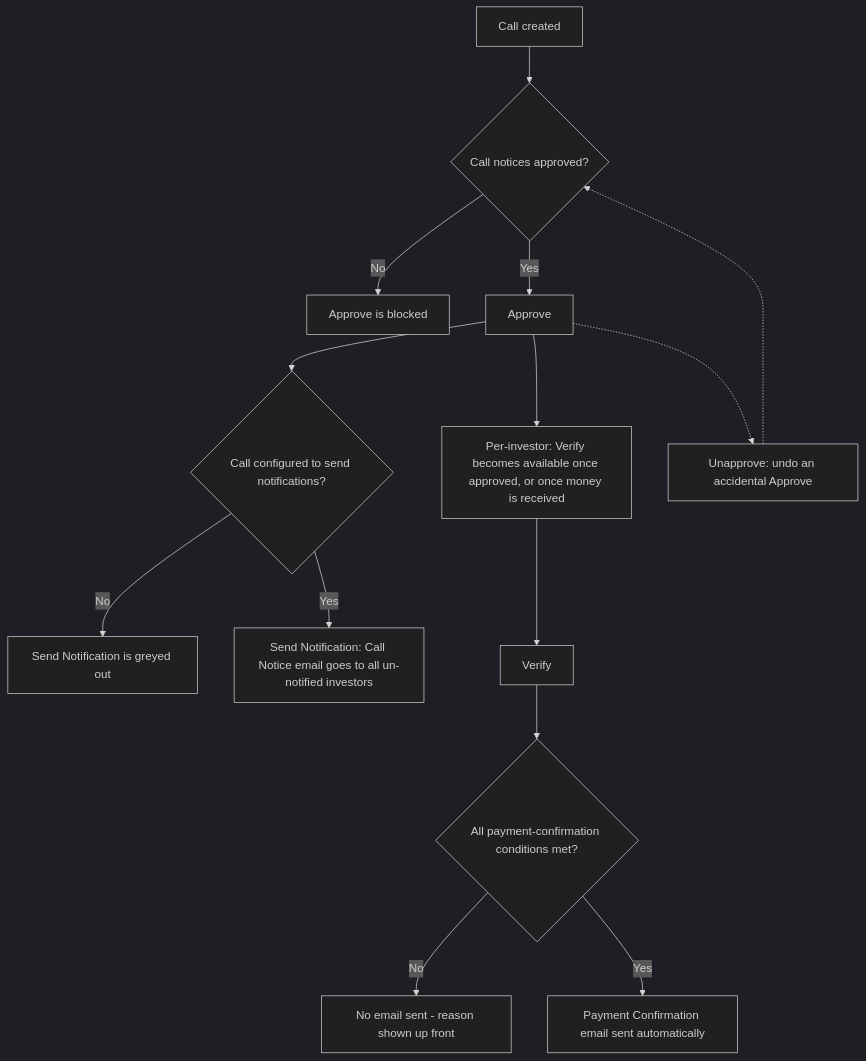
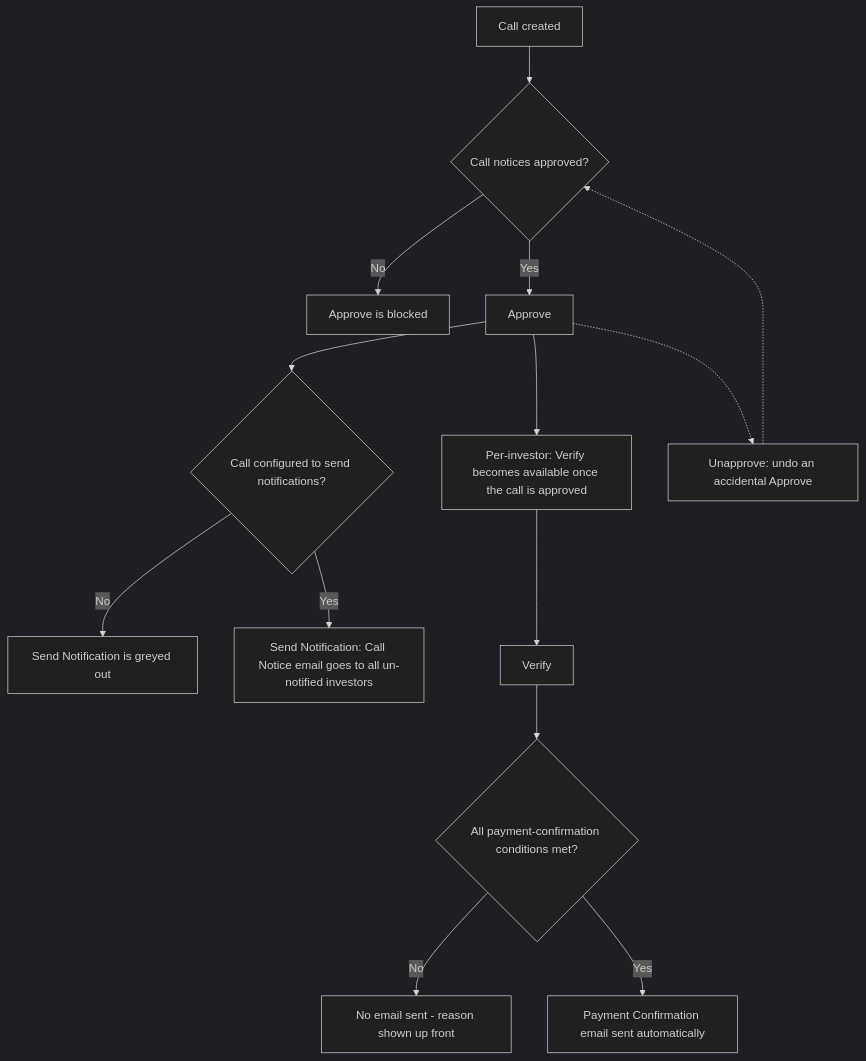
Before and after one commit to sampadadiwan/IRM_CompanyMain: the diagram in docs/user_guides/capital_call_actions_and_notifications_matrix.md, drawn with Mermaid (dark theme). The commit also changed other lines of this file and 10 other files, not shown here.

````diff
--- a/docs/user_guides/capital_call_actions_and_notifications_matrix.md
+++ b/docs/user_guides/capital_call_actions_and_notifications_matrix.md
@@ -54,16 +54,16 @@
 ```mermaid
 flowchart TD
     A[Call created] --> B{Call notices approved?}
     B -- No --> B1[Approve is blocked]
     B -- Yes --> C[Approve]
     C --> D{Call configured to send notifications?}
     D -- No --> D1[Send Notification is greyed out]
     D -- Yes --> E[Send Notification: Call Notice email goes to all un-notified investors]
-    C --> F[Per-investor: Verify becomes available once approved, or once money is received]
+    C --> F[Per-investor: Verify becomes available once the call is approved]
     F --> G[Verify]
     G --> H{All payment-confirmation conditions met?}
     H -- No --> H1[No email sent - reason shown up front]
     H -- Yes --> I[Payment Confirmation email sent automatically]
     C -.-> J[Unapprove: undo an accidental Approve]
     J -.-> B
 ```
````
